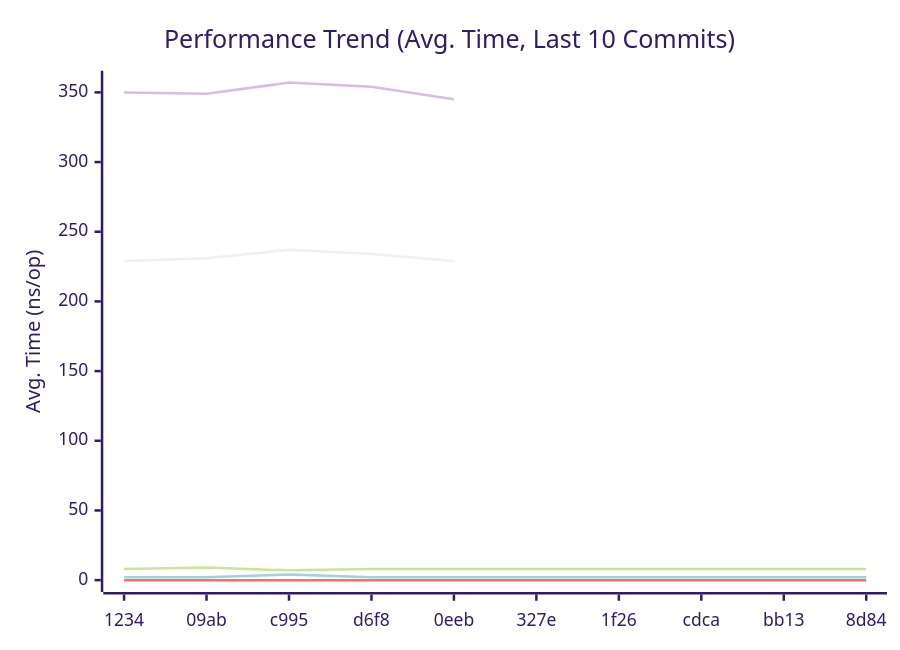
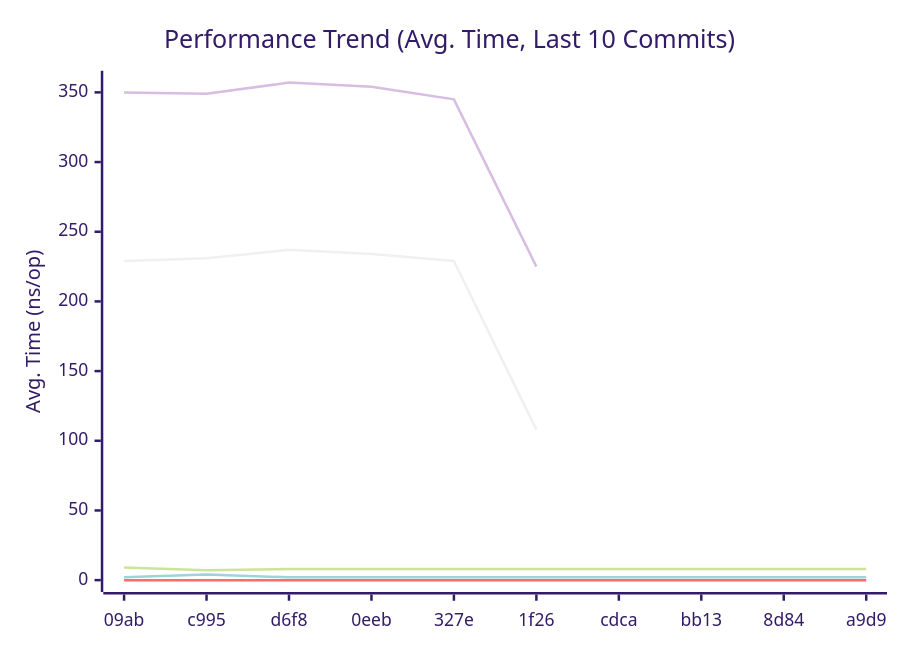
The first of 3 diagrams in doc/README.md (alsotoes/momo), drawn with Mermaid (forest theme) before and after one commit. The commit also changed other lines of this file and 1 other file, not shown here.

````diff
--- a/doc/README.md
+++ b/doc/README.md
@@ -296,12 +296,12 @@
 ```mermaid
 xychart-beta
     title "Performance Trend (Avg. Time, Last 10 Commits)"
     x-axis "Commit"
     y-axis "Avg. Time (ns/op)"
-    x-axis [1234,09ab,c995,d6f8,0eeb,327e,1f26,cdca,bb13,8d84]
-    line "CheckMetricsAndSwap" [8,9,7,8,8,8,8,8,8,8]
+    x-axis [09ab,c995,d6f8,0eeb,327e,1f26,cdca,bb13,8d84,a9d9]
+    line "CheckMetricsAndSwap" [9,7,8,8,8,8,8,8,8,8]
     line "IndexDirectTracking" [0,0,0,0,0,0,0,0,0,0]
-    line "IndexSearch" [2,2,4,2,2,2,2,2,2,2]
-    line "ParseReplicationOrder_NoPrealloc" [350,349,357,354,345]
-    line "ParseReplicationOrder_Prealloc" [229,231,237,234,229]
+    line "IndexSearch" [2,4,2,2,2,2,2,2,2,2]
+    line "ParseReplicationOrder_NoPrealloc" [350,349,357,354,345,225]
+    line "ParseReplicationOrder_Prealloc" [229,231,237,234,229,108]
 ```
````
